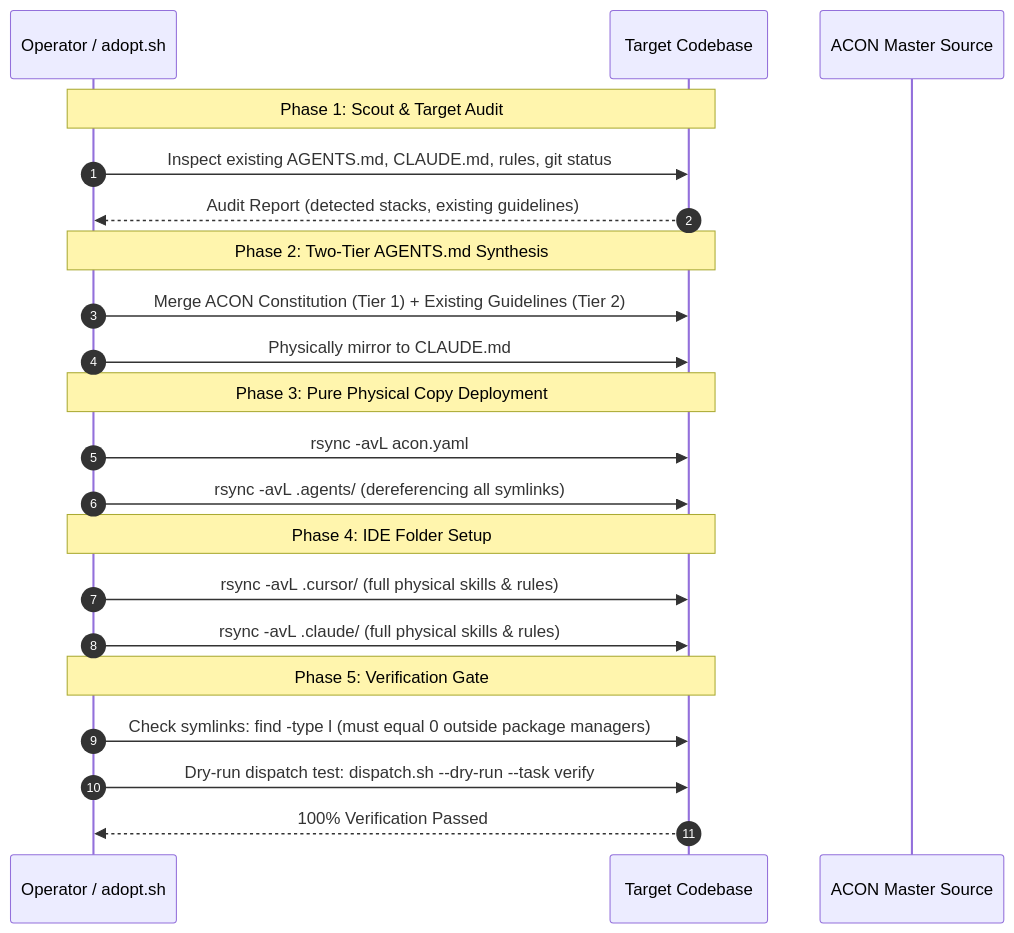
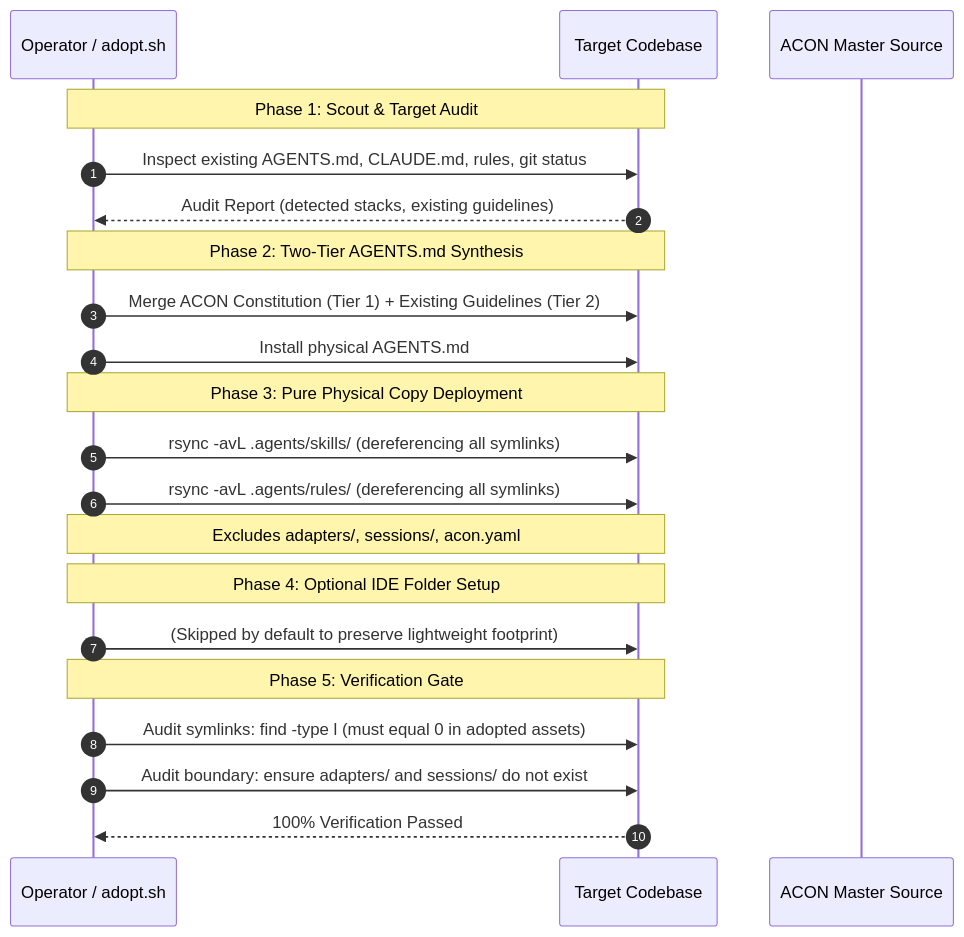
One commit to HairyBlue/portfolio changed the second of 2 diagrams in .agents/skills/productivity/adopt-acon/SKILL.md. Above: the diagram before and after it, drawn with Mermaid. The commit also changed other lines of this file and 19 other files, not shown here.

Commit message:
chore: remove stale acon adapter artifacts (acon.yaml, .agents/adapters, .agents/bridge)

````diff
--- a/.agents/skills/productivity/adopt-acon/SKILL.md
+++ b/.agents/skills/productivity/adopt-acon/SKILL.md
@@ -116,28 +126,28 @@
 ```mermaid
 sequenceDiagram
     autonumber
     participant Op as Operator / adopt.sh
     participant Target as Target Codebase
     participant ACON as ACON Master Source
 
     Note over Op,Target: Phase 1: Scout & Target Audit
     Op->>Target: Inspect existing AGENTS.md, CLAUDE.md, rules, git status
     Target-->>Op: Audit Report (detected stacks, existing guidelines)
 
     Note over Op,Target: Phase 2: Two-Tier AGENTS.md Synthesis
     Op->>Target: Merge ACON Constitution (Tier 1) + Existing Guidelines (Tier 2)
-    Op->>Target: Physically mirror to CLAUDE.md
+    Op->>Target: Install physical AGENTS.md
 
     Note over Op,Target: Phase 3: Pure Physical Copy Deployment
-    Op->>Target: rsync -avL acon.yaml
-    Op->>Target: rsync -avL .agents/ (dereferencing all symlinks)
+    Op->>Target: rsync -avL .agents/skills/ (dereferencing all symlinks)
+    Op->>Target: rsync -avL .agents/rules/ (dereferencing all symlinks)
+    Note over Op,Target: Excludes adapters/, sessions/, acon.yaml
 
-    Note over Op,Target: Phase 4: IDE Folder Setup
-    Op->>Target: rsync -avL .cursor/ (full physical skills & rules)
-    Op->>Target: rsync -avL .claude/ (full physical skills & rules)
+    Note over Op,Target: Phase 4: Optional IDE Folder Setup
+    Op->>Target: (Skipped by default to preserve lightweight footprint)
 
     Note over Op,Target: Phase 5: Verification Gate
-    Op->>Target: Check symlinks: find -type l (must equal 0 outside package managers)
-    Op->>Target: Dry-run dispatch test: dispatch.sh --dry-run --task verify
+    Op->>Target: Audit symlinks: find -type l (must equal 0 in adopted assets)
+    Op->>Target: Audit boundary: ensure adapters/ and sessions/ do not exist
     Target-->>Op: 100% Verification Passed
 ```
````
